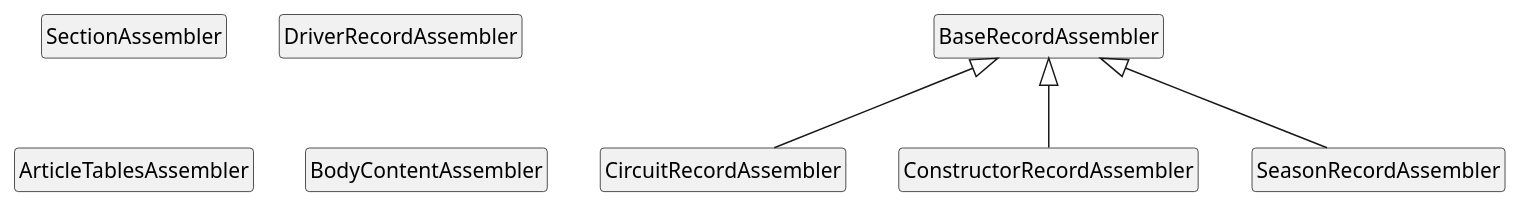
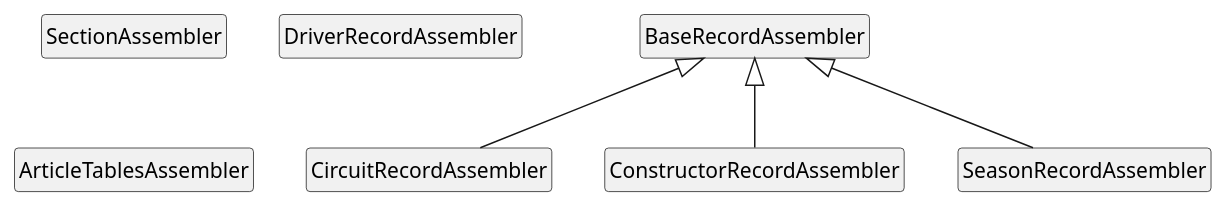
The diagram in docs/uml/handmade/assemblers/assemblers.puml (bgembalczyk/F1), drawn with PlantUML before and after one commit. The commit also changed 3 other files, not shown here.

Commit message:
ręczne poprawki do schematów

```diff
--- a/docs/uml/handmade/assemblers/assemblers.puml
+++ b/docs/uml/handmade/assemblers/assemblers.puml
@@ -1,21 +1,21 @@
 @startuml
 
 hide circle
 hide empty members
 
 
 class BaseRecordAssembler
 class CircuitRecordAssembler
 class ConstructorRecordAssembler
 class SeasonRecordAssembler
+
 class SectionAssembler
 class DriverRecordAssembler
 class ArticleTablesAssembler
-class BodyContentAssembler
 
 
 BaseRecordAssembler <|-- CircuitRecordAssembler
 BaseRecordAssembler <|-- ConstructorRecordAssembler
 BaseRecordAssembler <|-- SeasonRecordAssembler
 
 @enduml
```
